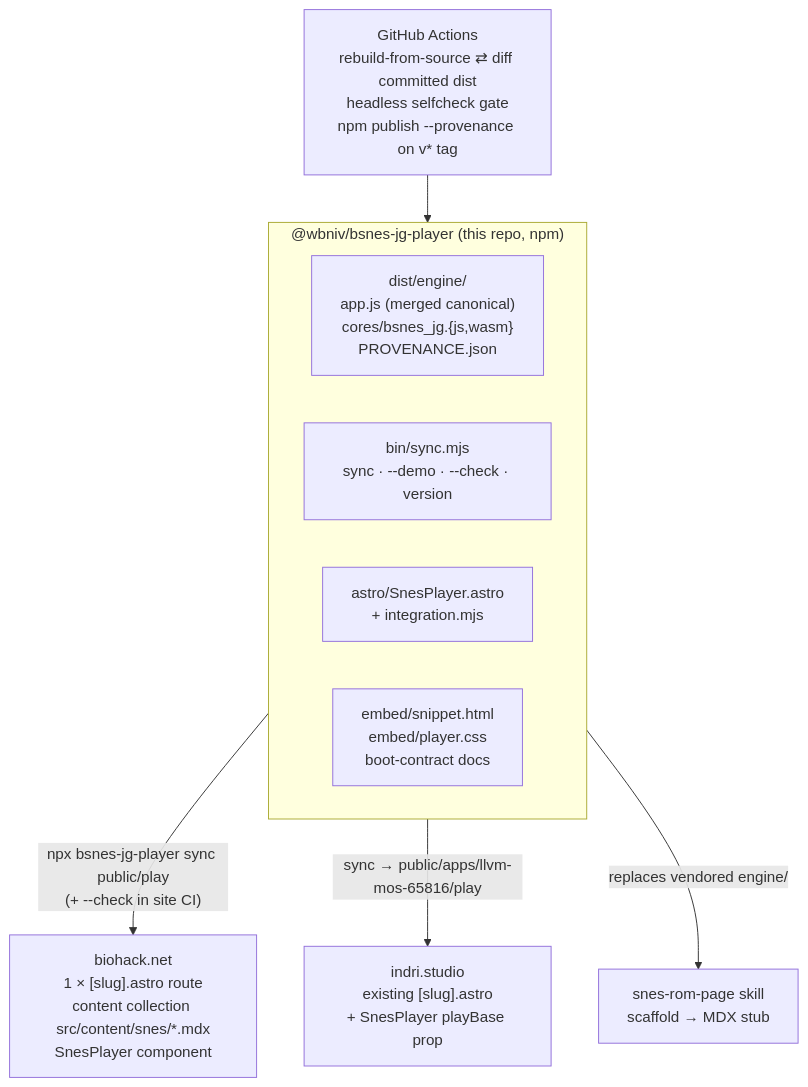
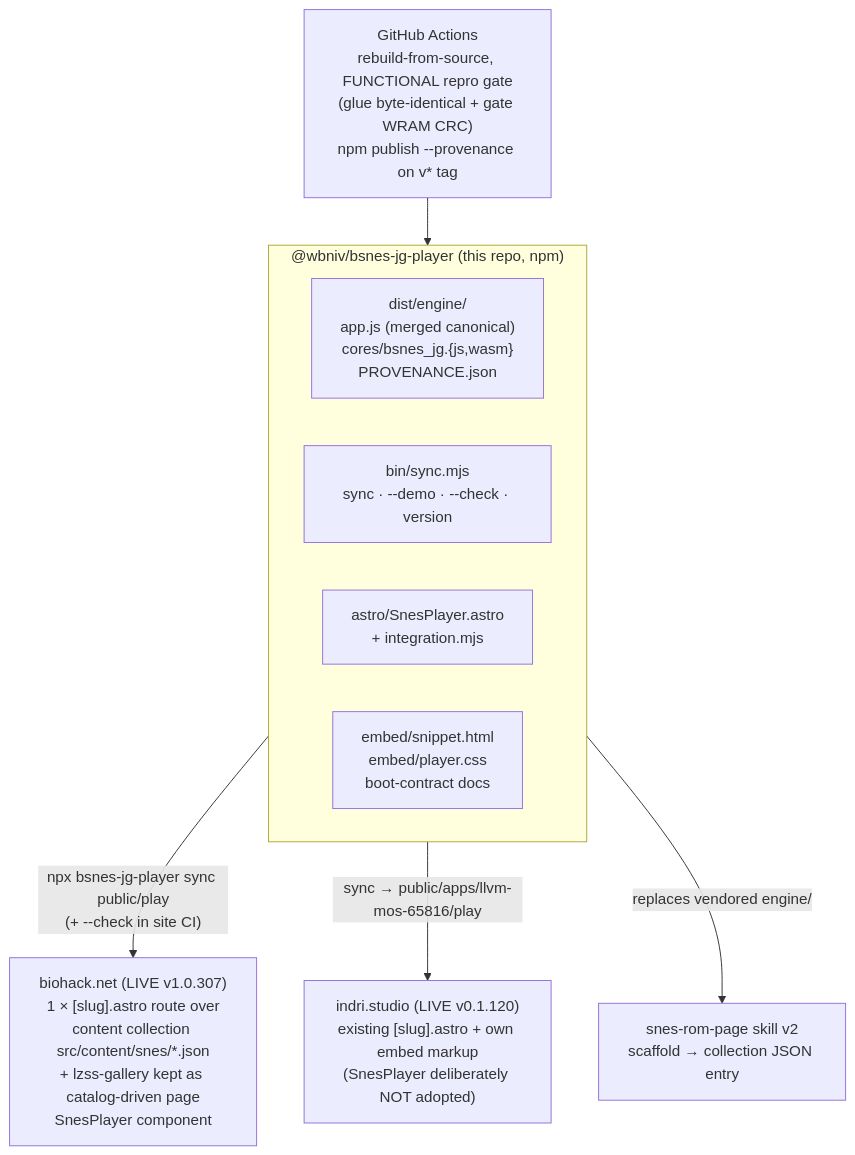
One commit to wbniv/bsnes-jg-wasm changed the second of 4 diagrams in docs/plans/2026-07-27-npm-player-package.md. Above: the diagram before and after it, drawn with Mermaid. The commit also changed other lines of this file and 2 other files, not shown here.

First line of the commit message:
plan: annotate as-built — status, deviations, gate results, verification evidence

````diff
--- a/docs/plans/2026-07-27-npm-player-package.md
+++ b/docs/plans/2026-07-27-npm-player-package.md
@@ -36,15 +47,15 @@
 ```mermaid
 flowchart TB
     subgraph pkg["@wbniv/bsnes-jg-player (this repo, npm)"]
         direction LR
         ENG["dist/engine/<br/>app.js (merged canonical)<br/>cores/bsnes_jg.{js,wasm}<br/>PROVENANCE.json"]
         CLI["bin/sync.mjs<br/>sync · --demo · --check · version"]
         AST["astro/SnesPlayer.astro<br/>+ integration.mjs"]
         EMB["embed/snippet.html<br/>embed/player.css<br/>boot-contract docs"]
     end
-    CI["GitHub Actions<br/>rebuild-from-source ⇄ diff committed dist<br/>headless selfcheck gate<br/>npm publish --provenance on v* tag"]
+    CI["GitHub Actions<br/>rebuild-from-source, FUNCTIONAL repro gate<br/>(glue byte-identical + gate WRAM CRC)<br/>npm publish --provenance on v* tag"]
     CI --> pkg
-    pkg -- "npx bsnes-jg-player sync public/play<br/>(+ --check in site CI)" --> B2["biohack.net<br/>1 × [slug].astro route<br/>content collection src/content/snes/*.mdx<br/>SnesPlayer component"]
-    pkg -- "sync → public/apps/llvm-mos-65816/play" --> I2["indri.studio<br/>existing [slug].astro<br/>+ SnesPlayer playBase prop"]
-    pkg -- "replaces vendored engine/" --> SK["snes-rom-page skill<br/>scaffold → MDX stub"]
+    pkg -- "npx bsnes-jg-player sync public/play<br/>(+ --check in site CI)" --> B2["biohack.net (LIVE v1.0.307)<br/>1 × [slug].astro route over<br/>content collection src/content/snes/*.json<br/>+ lzss-gallery kept as catalog-driven page<br/>SnesPlayer component"]
+    pkg -- "sync → public/apps/llvm-mos-65816/play" --> I2["indri.studio (LIVE v0.1.120)<br/>existing [slug].astro + own embed markup<br/>(SnesPlayer deliberately NOT adopted)"]
+    pkg -- "replaces vendored engine/" --> SK["snes-rom-page skill v2<br/>scaffold → collection JSON entry"]
 ```
````
